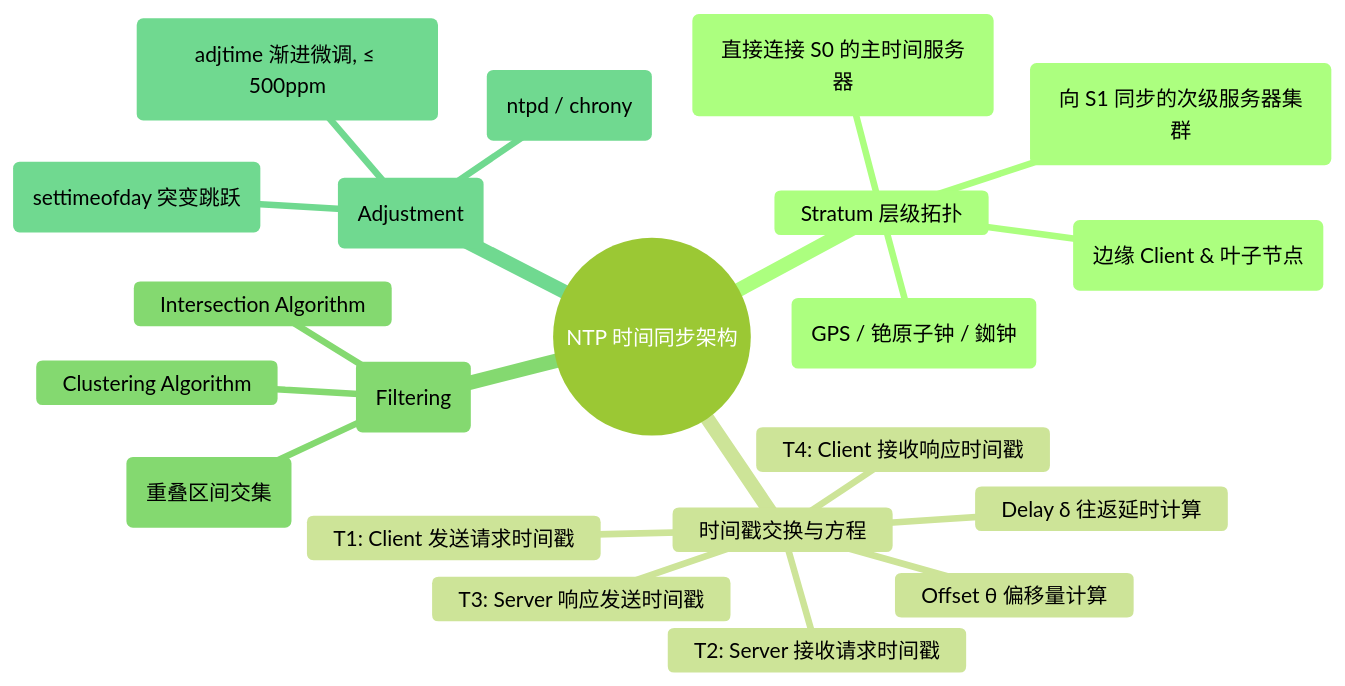
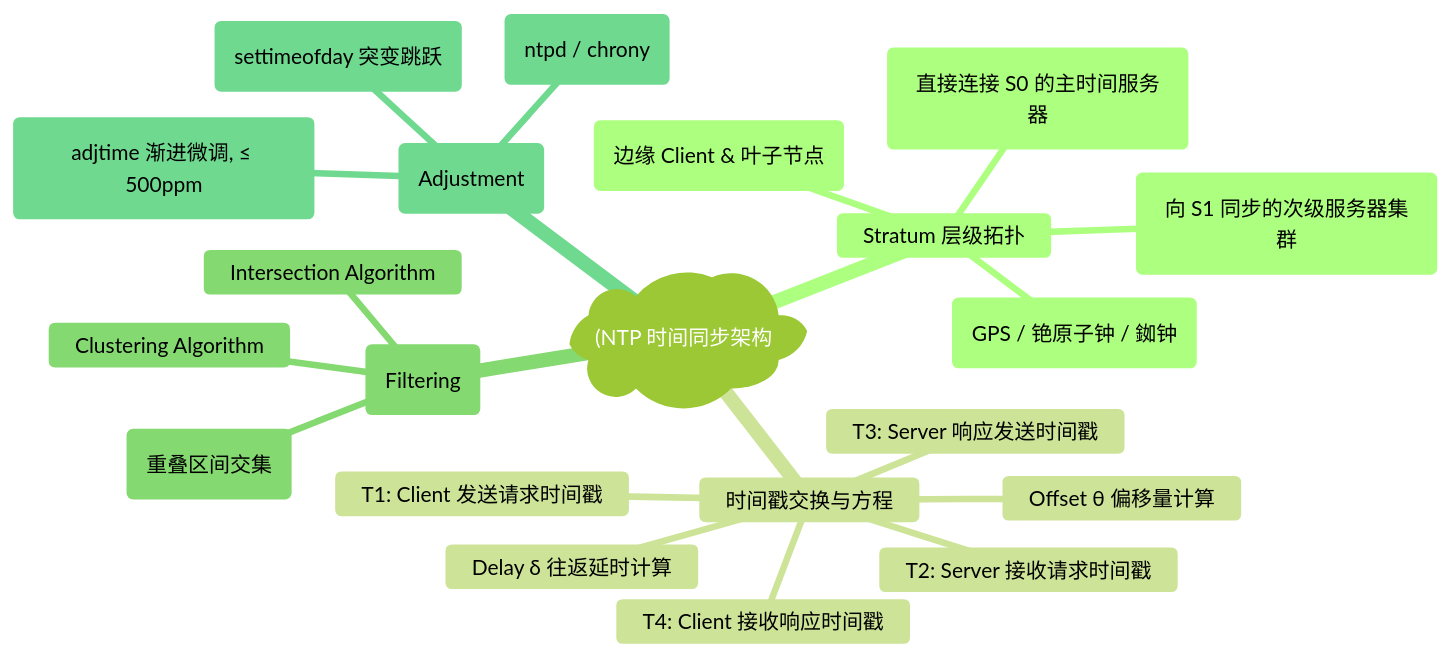
Before and after one commit to koosai/AI-Architect-Learning: the first of 5 diagrams in docs/atlas/ntp.mdx, drawn with Mermaid (forest theme). The commit also changed other lines of this file and 187 other files, not shown here.

Commit message:
fix(mermaid): fix all unquoted parens and edge label syntax errors across all docs

````diff
--- a/docs/atlas/ntp.mdx
+++ b/docs/atlas/ntp.mdx
@@ -59,24 +59,24 @@
 ```mermaid
 mindmap
-  root((NTP 时间同步架构))
+  root("(NTP 时间同步架构"))
     Stratum 层级拓扑
       Stratum 0 (GPS / 铯原子钟 / 銣钟)
       Stratum 1 (直接连接 S0 的主时间服务器)
       Stratum 2 (向 S1 同步的次级服务器集群)
       Stratum 3~15 (边缘 Client & 叶子节点)
     时间戳交换与方程
       T1: Client 发送请求时间戳
       T2: Server 接收请求时间戳
       T3: Server 响应发送时间戳
       T4: Client 接收响应时间戳
       Offset θ 偏移量计算
       Delay δ 往返延时计算
     滤波与防伪 (Filtering)
       Marzullo 算法 (重叠区间交集)
       Intersection Algorithm
       Clustering Algorithm
     时钟调整 (Adjustment)
       Slewing (adjtime 渐进微调, ≤ 500ppm)
       Stepping (settimeofday 突变跳跃)
       NTP Daemon (ntpd / chrony)
 ```
````
